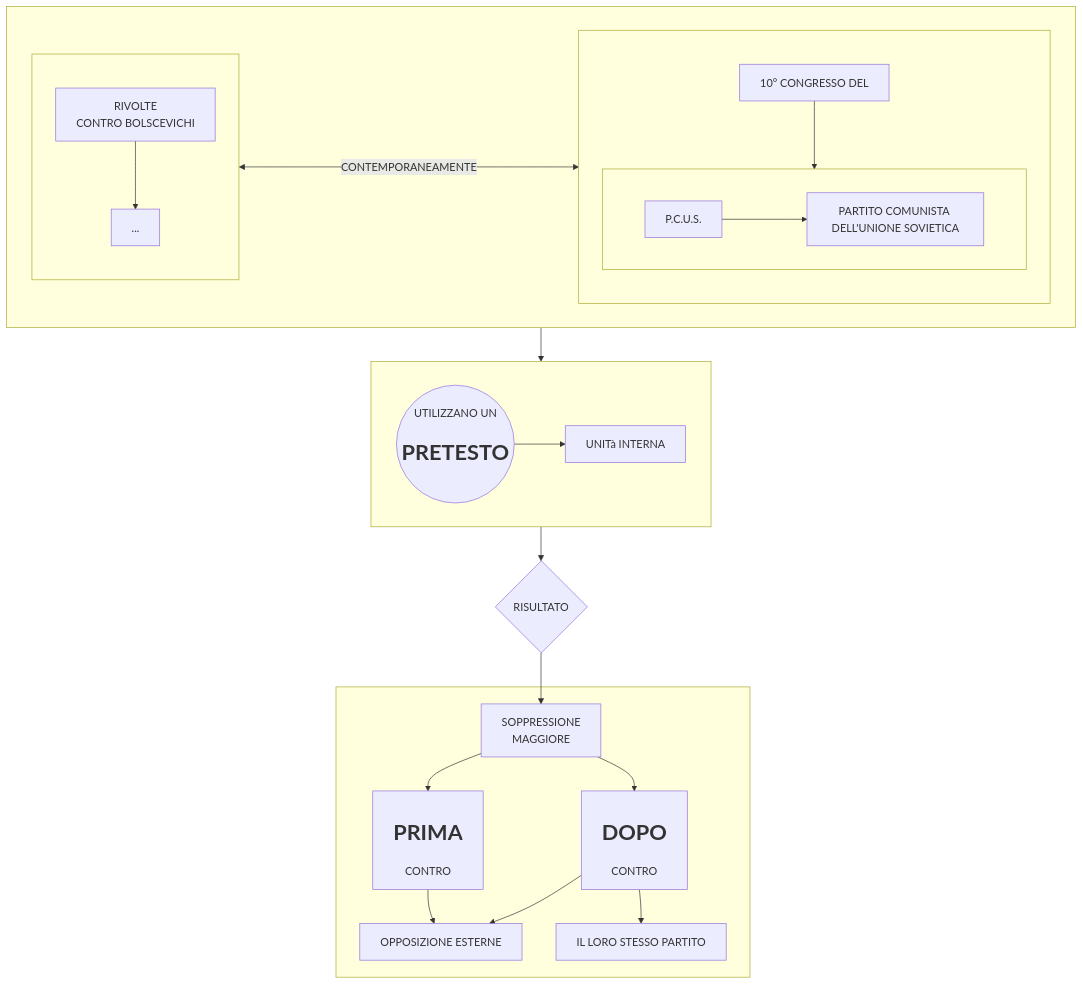
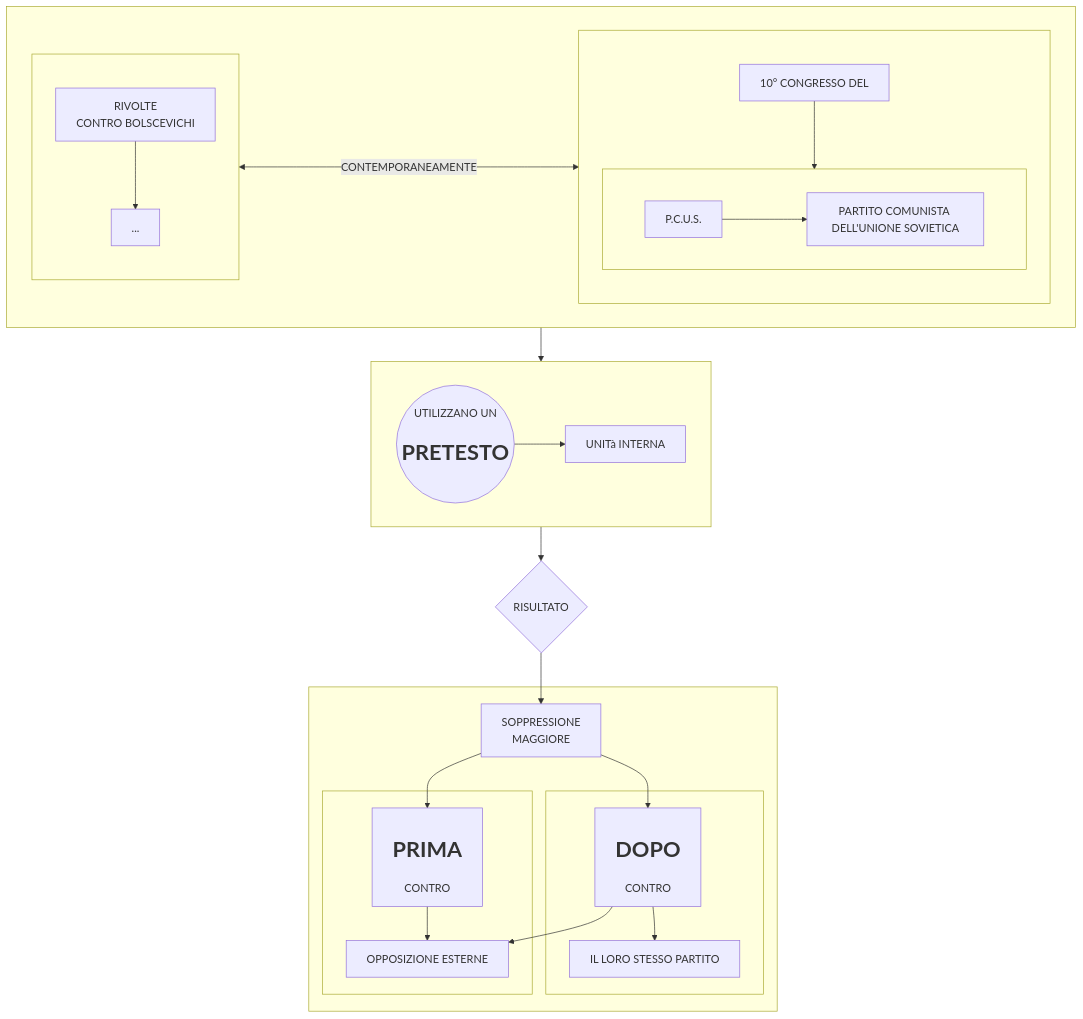
One commit to Laaouatni/ricerca-storia-MermaidJS changed the diagram in prova.md. Above: the diagram before and after it, drawn with Mermaid.

````diff
--- a/prova.md
+++ b/prova.md
@@ -1,41 +1,45 @@
 ```mermaid
 flowchart TB
   subgraph 0[" "]
     subgraph 01[" "]
       010[RIVOLTE <br> CONTRO BOLSCEVICHI]
       011[...]
       010 --> 011
     end
     subgraph 02[" "]
       direction TB
       020[10° CONGRESSO DEL]
       subgraph 023[" "]
         direction LR
         021[P.C.U.S.]
         0210[PARTITO COMUNISTA DELL'UNIONE SOVIETICA]
         021 --> 0210
       end
       020 --> 023
     end
     01 <----->|CONTEMPORANEAMENTE| 02
   end
   subgraph 2[" "]
     1((UTILIZZANO UN <br> <h1>PRETESTO</h1>))
     10[UNITà INTERNA]
   end
   0 --> 2
   1 --> 10
   3{RISULTATO}
   2 --> 3
   subgraph 4[" "]
     40[SOPPRESSIONE <BR> MAGGIORE]
-    41[<h1>PRIMA</h1> CONTRO]
-    410[OPPOSIZIONE ESTERNE]
-    42[<H1>DOPO</H1> CONTRO]
-    420[IL LORO STESSO PARTITO]
+    subgraph 43[" "]
+      41[<h1>PRIMA</h1> CONTRO]
+      410[OPPOSIZIONE ESTERNE]
+    end
+    subgraph 44[" "]
+      42[<H1>DOPO</H1> CONTRO]
+      420[IL LORO STESSO PARTITO]
+    end
     40 --> 41 & 42
     41 --> 410
     42 --> 410 & 420
   end
   3 --> 40
 ```
````
